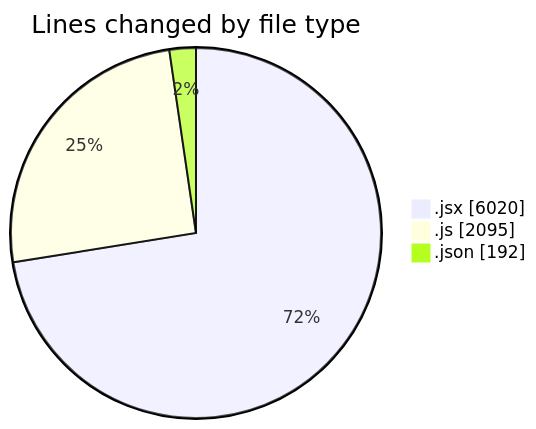
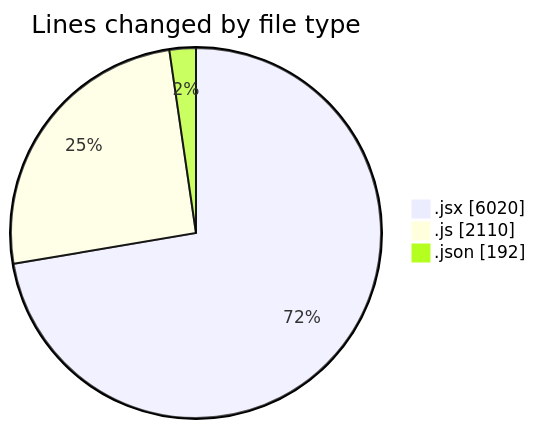
One commit to nxtqubesakshisongat/code-tracking changed the first of 2 diagrams in 2025-08-06/nxtqube_webapp/README.md. Above: the diagram before and after it, drawn with Mermaid. The commit also changed other lines of this file and 1 other file, not shown here.

````diff
--- a/2025-08-06/nxtqube_webapp/README.md
+++ b/2025-08-06/nxtqube_webapp/README.md
@@ -31,7 +31,7 @@
 ```mermaid
 pie showData
 title Lines changed by file type
 ".jsx" : 6020
-".js" : 2095
+".js" : 2110
 ".json" : 192
 ```
````
